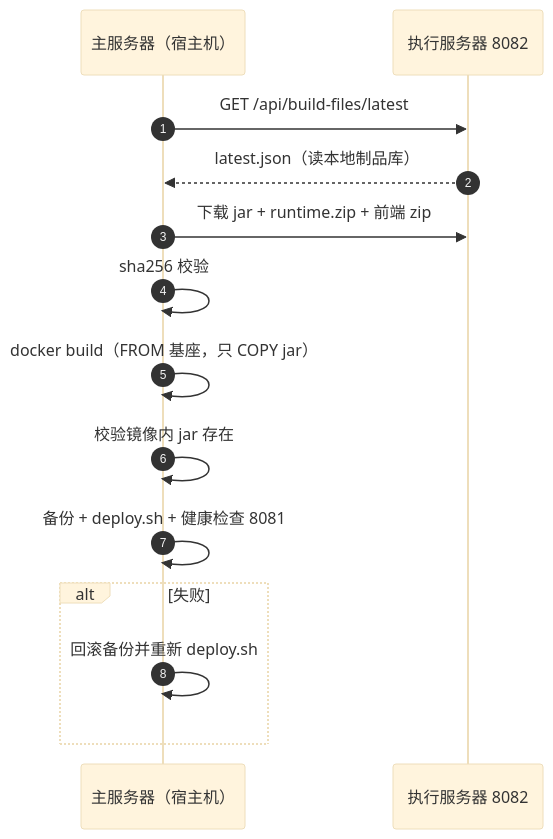
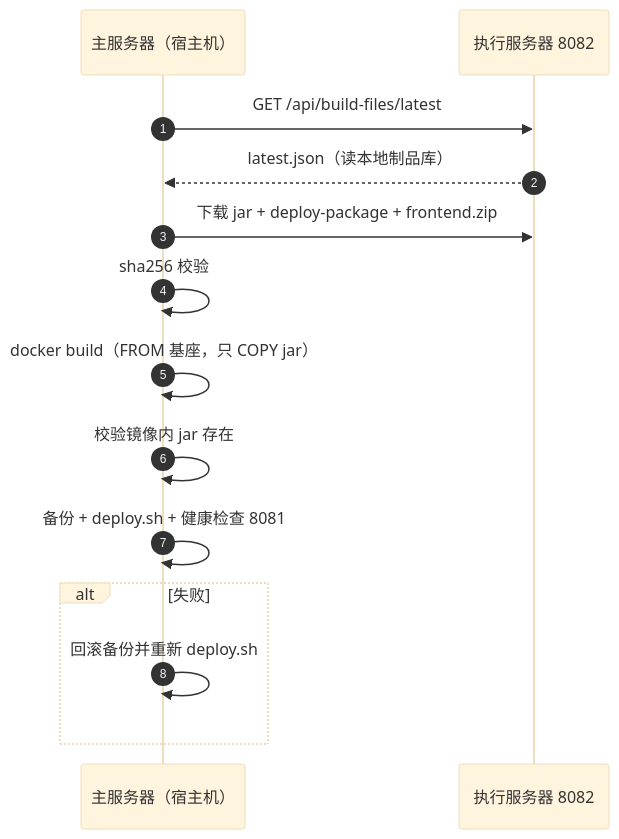
One commit to liuzh2008/med_ai_assistant_workspace changed the sixth of 6 diagrams in doc/部署流程/自动部署链路改造设计-20261104.md. Above: the diagram before and after it, drawn with Mermaid (base theme). The commit also changed other lines of this file, not shown here.

Commit message:
docs(部署): grill-with-docs 审查后修订为 v4——发布单元改两个 Release、前端 CI 归位 vue 仓库、runtime 包改为扩展 deploy-package

````diff
--- a/doc/部署流程/自动部署链路改造设计-20261104.md
+++ b/doc/部署流程/自动部署链路改造设计-20261104.md
@@ -194,16 +229,16 @@
 ```mermaid
 sequenceDiagram
     autonumber
     participant M as 主服务器（宿主机）
     participant E as 执行服务器 8082
     M->>E: GET /api/build-files/latest
     E-->>M: latest.json（读本地制品库）
-    M->>E: 下载 jar + runtime.zip + 前端 zip
+    M->>E: 下载 jar + deploy-package + frontend.zip
     M->>M: sha256 校验
     M->>M: docker build（FROM 基座，只 COPY jar）
     M->>M: 校验镜像内 jar 存在
     M->>M: 备份 + deploy.sh + 健康检查 8081
     alt 失败
         M->>M: 回滚备份并重新 deploy.sh
     end
 ```
````
